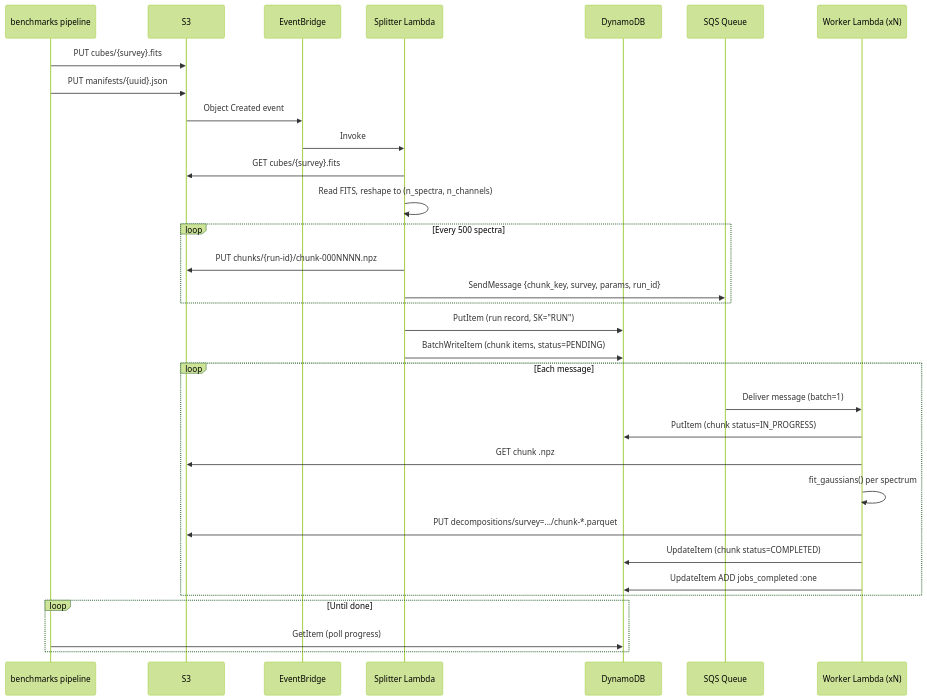
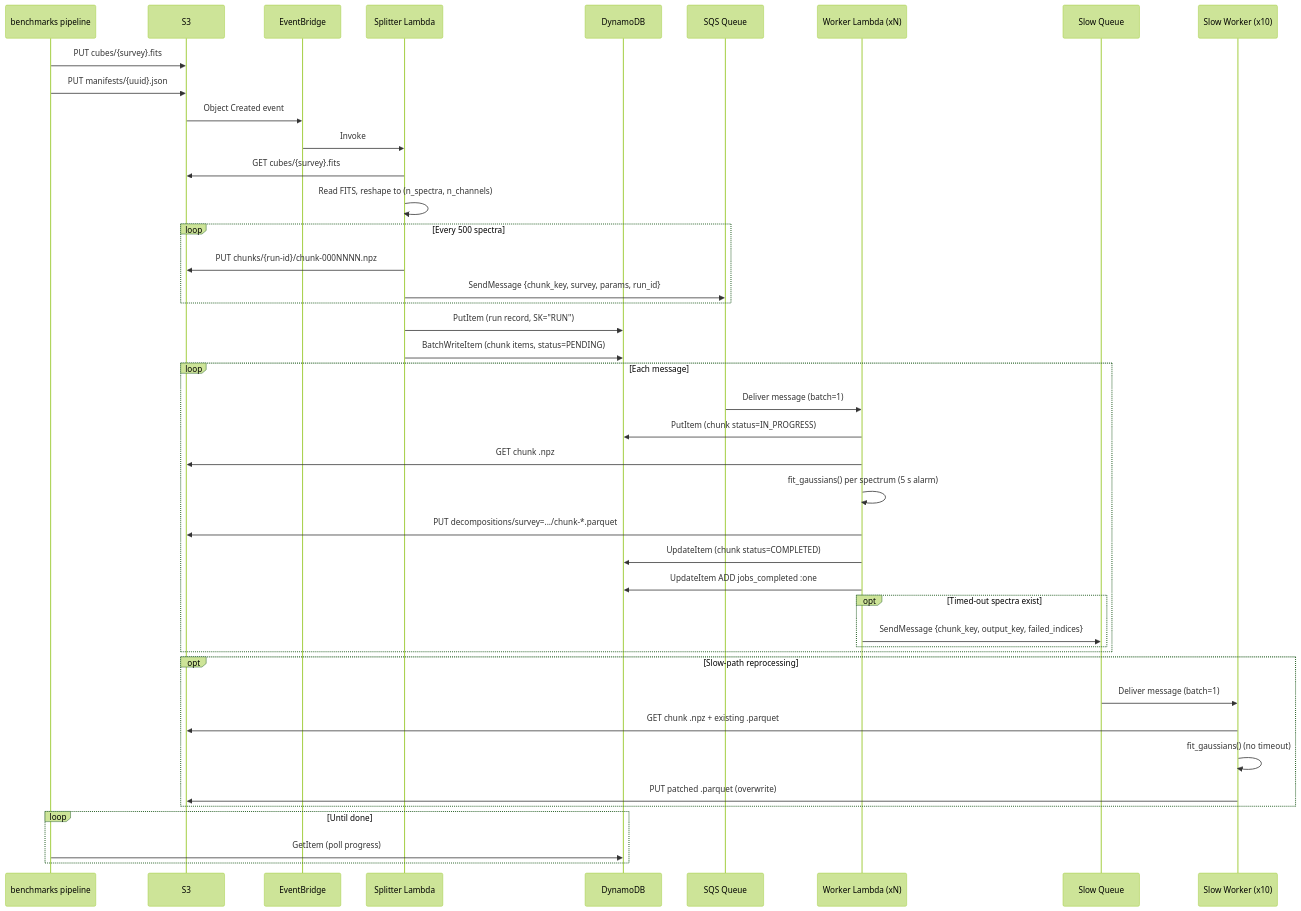
Before and after one commit to caverac/phspectra: the second of 3 diagrams in packages/docs/docs/infrastructure/aws-pipeline.md, drawn with Mermaid (forest theme). The commit also changed other lines of this file and 19 other files, not shown here.

````diff
--- a/packages/docs/docs/infrastructure/aws-pipeline.md
+++ b/packages/docs/docs/infrastructure/aws-pipeline.md
@@ -228,39 +238,51 @@
 ```mermaid
 sequenceDiagram
     participant CLI as benchmarks pipeline
     participant S3 as S3
     participant EB as EventBridge
     participant Sp as Splitter Lambda
     participant DDB as DynamoDB
     participant Q as SQS Queue
     participant W as Worker Lambda (xN)
+    participant SQ as Slow Queue
+    participant SW as Slow Worker (x10)
 
     CLI->>S3: PUT cubes/{survey}.fits
     CLI->>S3: PUT manifests/{uuid}.json
     S3->>EB: Object Created event
     EB->>Sp: Invoke
     Sp->>S3: GET cubes/{survey}.fits
     Sp->>Sp: Read FITS, reshape to (n_spectra, n_channels)
 
     loop Every 500 spectra
         Sp->>S3: PUT chunks/{run-id}/chunk-000NNNN.npz
         Sp->>Q: SendMessage {chunk_key, survey, params, run_id}
     end
 
     Sp->>DDB: PutItem (run record, SK="RUN")
     Sp->>DDB: BatchWriteItem (chunk items, status=PENDING)
 
     loop Each message
         Q->>W: Deliver message (batch=1)
         W->>DDB: PutItem (chunk status=IN_PROGRESS)
         W->>S3: GET chunk .npz
-        W->>W: fit_gaussians() per spectrum
+        W->>W: fit_gaussians() per spectrum (5 s alarm)
         W->>S3: PUT decompositions/survey=.../chunk-*.parquet
         W->>DDB: UpdateItem (chunk status=COMPLETED)
         W->>DDB: UpdateItem ADD jobs_completed :one
+        opt Timed-out spectra exist
+            W->>SQ: SendMessage {chunk_key, output_key, failed_indices}
+        end
+    end
+
+    opt Slow-path reprocessing
+        SQ->>SW: Deliver message (batch=1)
+        SW->>S3: GET chunk .npz + existing .parquet
+        SW->>SW: fit_gaussians() (no timeout)
+        SW->>S3: PUT patched .parquet (overwrite)
     end
 
     loop Until done
         CLI->>DDB: GetItem (poll progress)
     end
 ```
````
